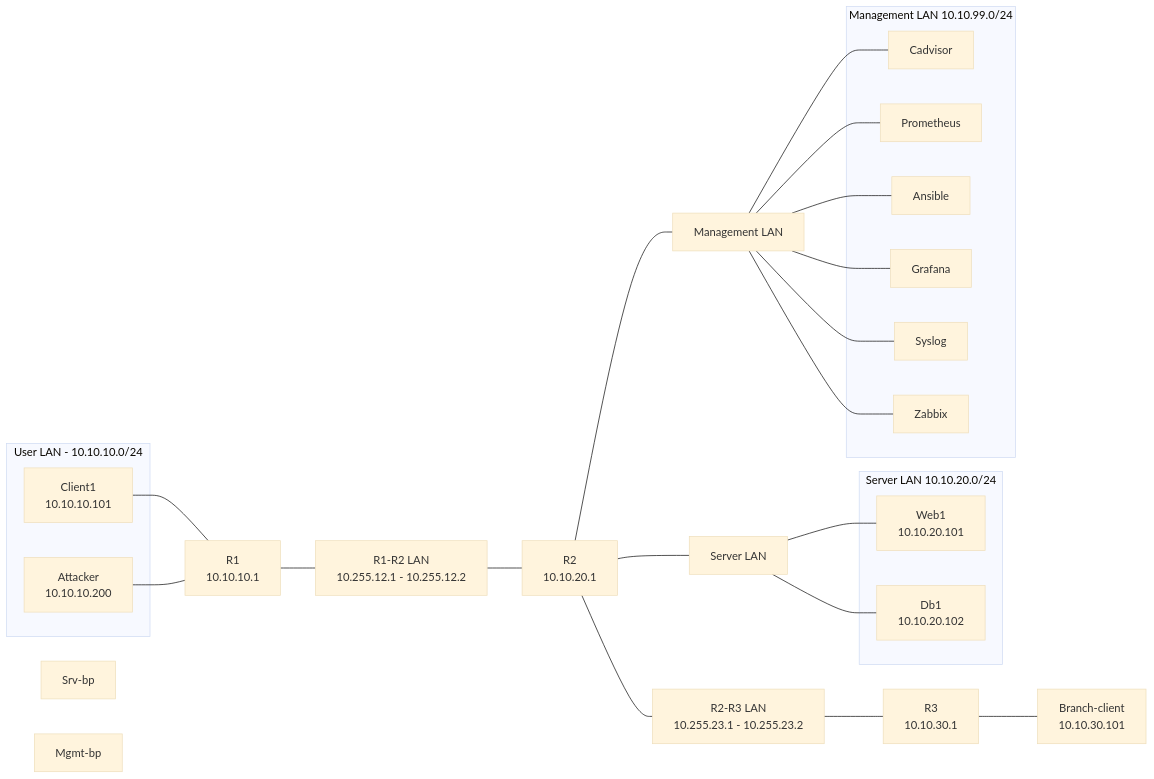
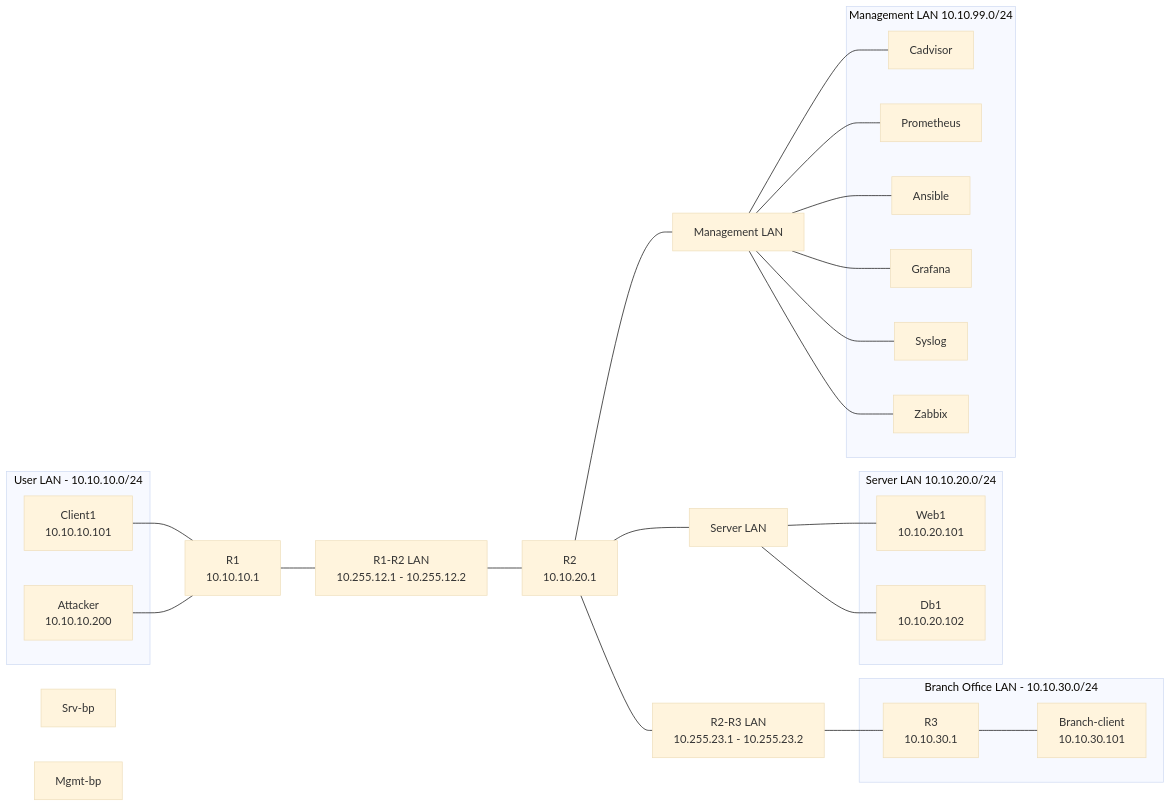
The second of 2 diagrams in reports/week01.md (porokone/Verkonhallinta-INTIM25A6), drawn with Mermaid (base theme) before and after one commit. The commit also changed other lines of this file, not shown here.

Commit message:
Viikko 1 - ver 1.1 palautus

````diff
--- a/reports/week01.md
+++ b/reports/week01.md
@@ -46,56 +46,58 @@
 ```mermaid
 flowchart LR
 
     subgraph USER["User LAN - 10.10.10.0/24"]
         client1["Client1</br>10.10.10.101"]
         attacker["Attacker</br>10.10.10.200"]
     end
     r1["R1</br>10.10.10.1"]
     r1r2["R1-R2 LAN</br>10.255.12.1 - 10.255.12.2"]
     r2["R2</br>10.10.20.1"]
     r2r3["R2-R3 LAN</br>10.255.23.1 - 10.255.23.2"]
-    r3["R3</br>10.10.30.1"]
-    branch["Branch-client</br>10.10.30.101"]
+    subgraph BRANCH["Branch Office LAN - 10.10.30.0/24"]
+        r3["R3</br>10.10.30.1"]
+        branch["Branch-client</br>10.10.30.101"]
+    end
 
     srv-bp["Srv-bp"]
     mgmt-bp["Mgmt-bp"]
 
     srv["Server LAN"]
 
     subgraph SRVLAN["Server LAN 10.10.20.0/24"]
         web1["Web1</br>10.10.20.101"]
         db1["Db1</br>10.10.20.102"]
     end
 
     mgmt["Management LAN"]
 
     subgraph MGMT["Management LAN 10.10.99.0/24</br>"]
         cadvisor["Cadvisor"]
         prometheus["Prometheus"]
         ansible["Ansible"]
         grafana["Grafana"]
         syslog["Syslog"]
         zabbix["Zabbix"]
     end
 
     client1 --- r1
     attacker --- r1
 
     r1 --- r1r2
     r1r2 --- r2
     r2 --- r2r3
     r2r3 --- r3
     r3 --- branch
 
     r2 --- srv
     srv --- web1
     srv --- db1
 
     r2 --- mgmt
     mgmt --- cadvisor
     mgmt --- prometheus
     mgmt --- ansible
     mgmt --- grafana
     mgmt --- syslog
     mgmt --- zabbix
 ```
````
